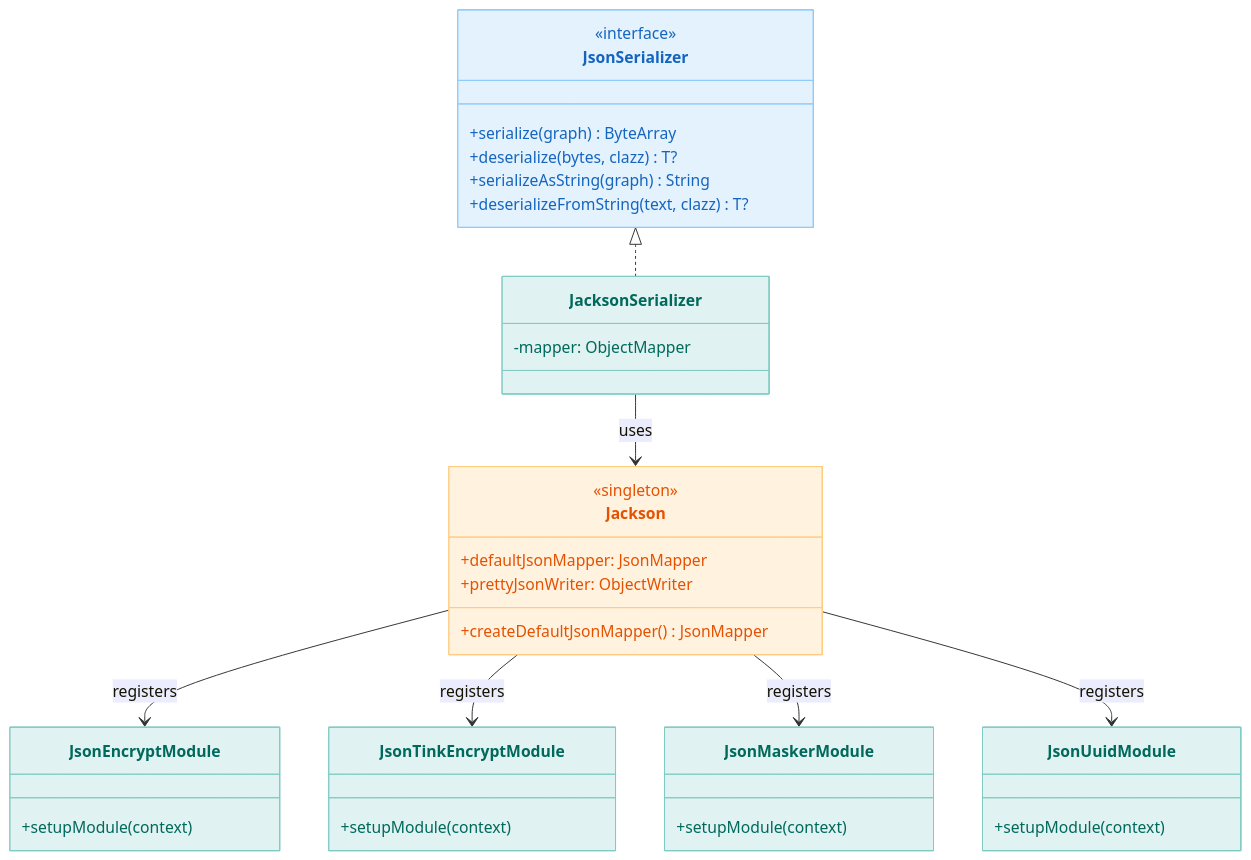
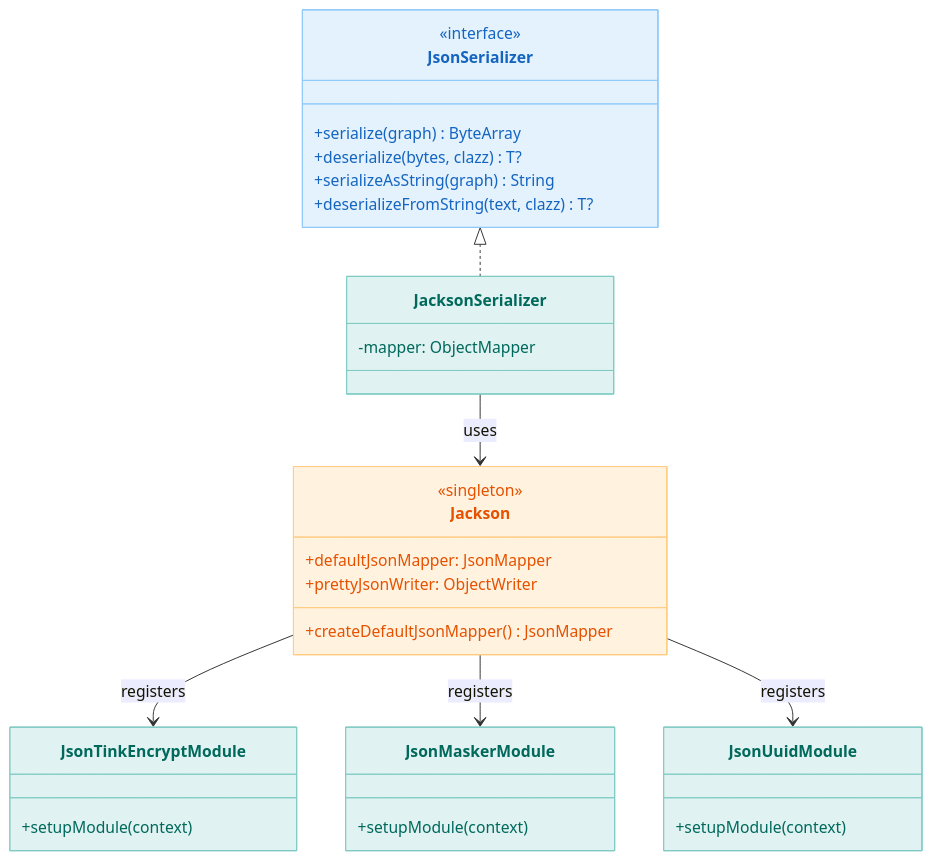
The second of 3 diagrams in io/jackson3/README.md (bluetape4k/bluetape4k-projects), drawn with Mermaid before and after one commit. The commit also changed other lines of this file and 7 other files, not shown here.

````diff
--- a/io/jackson3/README.md
+++ b/io/jackson3/README.md
@@ -327,52 +334,46 @@
 ```mermaid
 classDiagram
     class JsonSerializer {
         <<interface>>
         +serialize(graph) ByteArray
         +deserialize(bytes, clazz) T?
         +serializeAsString(graph) String
         +deserializeFromString(text, clazz) T?
     }
 
     class JacksonSerializer {
         -mapper: ObjectMapper
     }
 
     class Jackson {
         <<singleton>>
         +defaultJsonMapper: JsonMapper
         +prettyJsonWriter: ObjectWriter
         +createDefaultJsonMapper() JsonMapper
     }
 
-    class JsonEncryptModule {
-        +setupModule(context)
-    }
-
     class JsonTinkEncryptModule {
         +setupModule(context)
     }
 
     class JsonMaskerModule {
         +setupModule(context)
     }
 
     class JsonUuidModule {
         +setupModule(context)
     }
 
     JsonSerializer <|.. JacksonSerializer
     JacksonSerializer --> Jackson : uses
-    Jackson --> JsonEncryptModule : registers
     Jackson --> JsonTinkEncryptModule : registers
     Jackson --> JsonMaskerModule : registers
     Jackson --> JsonUuidModule : registers
 
     style JsonSerializer fill:#E3F2FD,stroke:#90CAF9,color:#1565C0
     style JacksonSerializer fill:#E0F2F1,stroke:#80CBC4,color:#00695C
     style Jackson fill:#FFF3E0,stroke:#FFCC80,color:#E65100
-    style JsonEncryptModule fill:#E0F2F1,stroke:#80CBC4,color:#00695C
     style JsonTinkEncryptModule fill:#E0F2F1,stroke:#80CBC4,color:#00695C
     style JsonMaskerModule fill:#E0F2F1,stroke:#80CBC4,color:#00695C
     style JsonUuidModule fill:#E0F2F1,stroke:#80CBC4,color:#00695C
 ```
````
